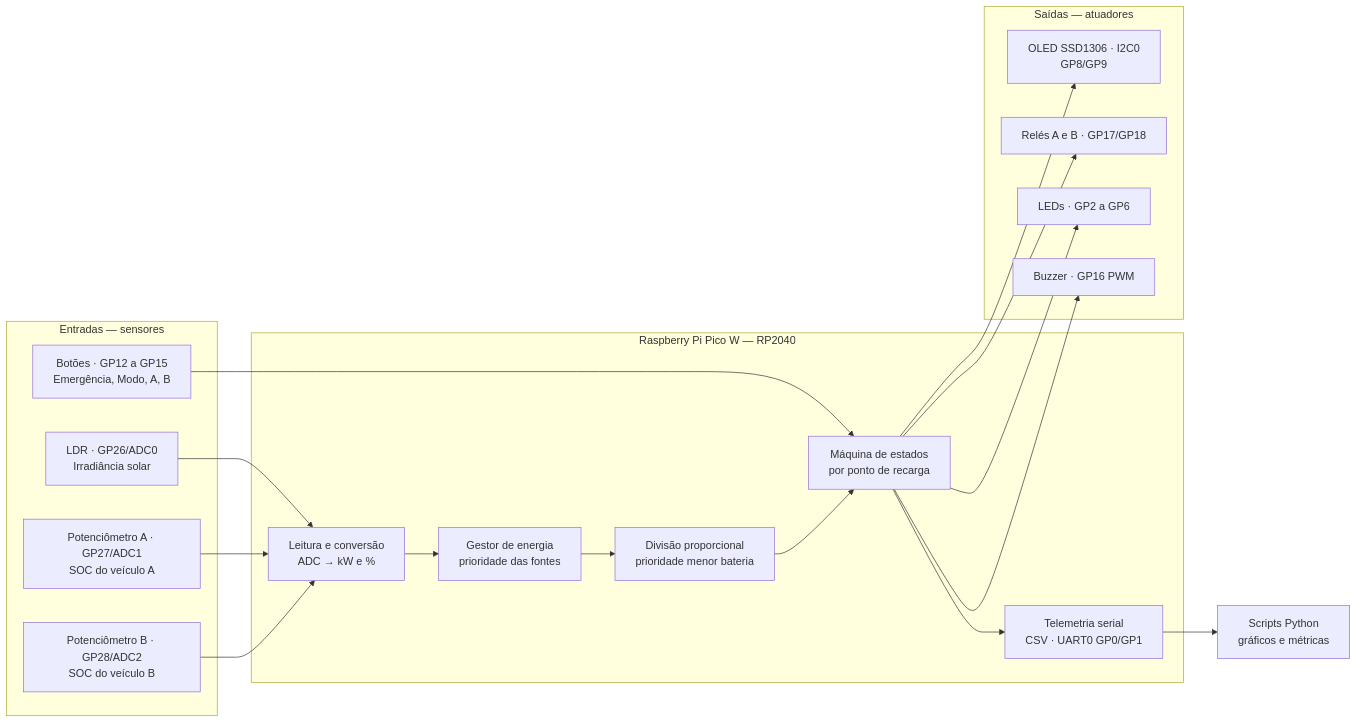
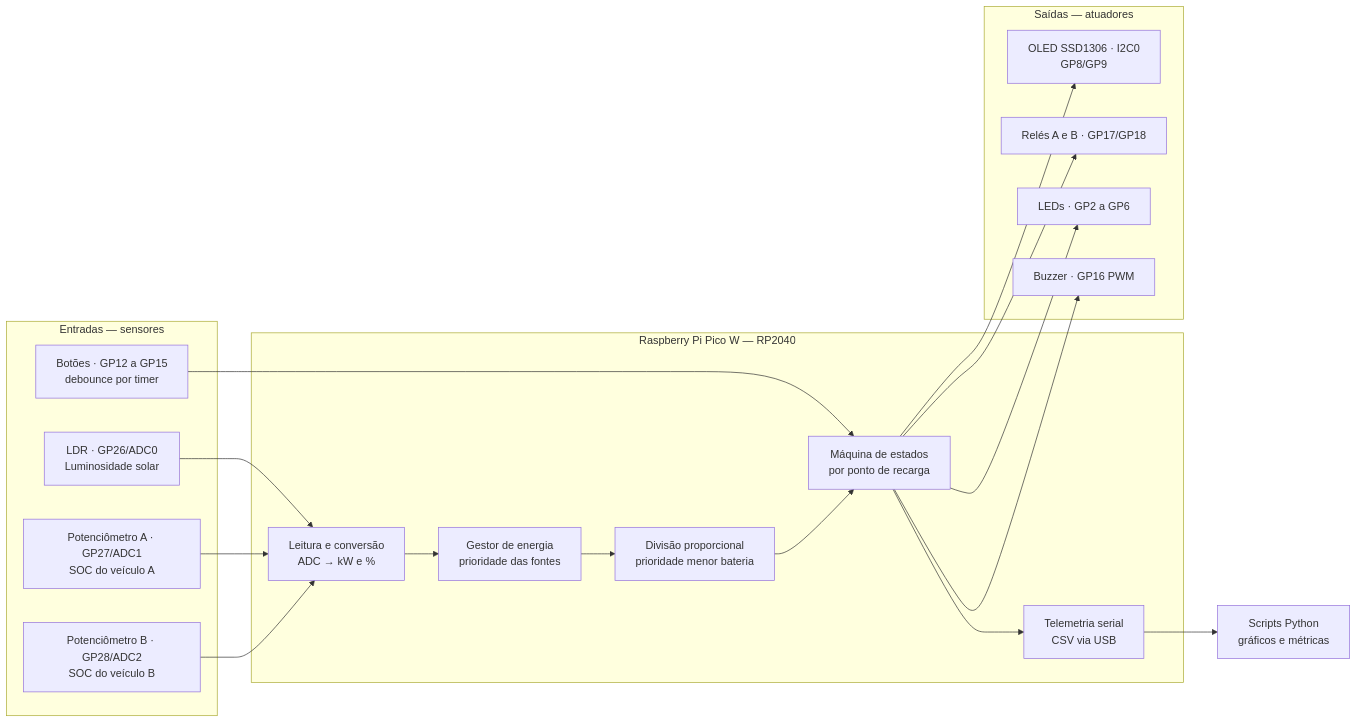
Before and after one commit to GustavoBitencourtLopes/sprint4-goodwe-solarflow: the first of 4 diagrams in docs/arquitetura.md, drawn with Mermaid. The commit also changed other lines of this file and 18 other files, not shown here.

````diff
--- a/docs/arquitetura.md
+++ b/docs/arquitetura.md
@@ -111,31 +117,31 @@
 ```mermaid
 flowchart LR
     subgraph IN["Entradas — sensores"]
-        LDR["LDR · GP26/ADC0<br/>Irradiância solar"]
+        LDR["LDR · GP26/ADC0<br/>Luminosidade solar"]
         POTA["Potenciômetro A · GP27/ADC1<br/>SOC do veículo A"]
         POTB["Potenciômetro B · GP28/ADC2<br/>SOC do veículo B"]
-        BTN["Botões · GP12 a GP15<br/>Emergência, Modo, A, B"]
+        BTN["Botões · GP12 a GP15<br/>debounce por timer"]
     end
     subgraph MCU["Raspberry Pi Pico W — RP2040"]
         LEIT["Leitura e conversão<br/>ADC → kW e %"]
         EMS["Gestor de energia<br/>prioridade das fontes"]
         ALG["Divisão proporcional<br/>prioridade menor bateria"]
         FSM["Máquina de estados<br/>por ponto de recarga"]
-        LOG["Telemetria serial<br/>CSV · UART0 GP0/GP1"]
+        LOG["Telemetria serial<br/>CSV via USB"]
     end
     subgraph OUT["Saídas — atuadores"]
         OLED["OLED SSD1306 · I2C0<br/>GP8/GP9"]
         REL["Relés A e B · GP17/GP18"]
         LEDS["LEDs · GP2 a GP6"]
         BUZ["Buzzer · GP16 PWM"]
     end
     PC["Scripts Python<br/>gráficos e métricas"]
 
     LDR --> LEIT
     POTA --> LEIT
     POTB --> LEIT
     BTN --> FSM
     LEIT --> EMS --> ALG --> FSM
     FSM --> OLED & REL & LEDS & BUZ
     FSM --> LOG --> PC
 ```
````
